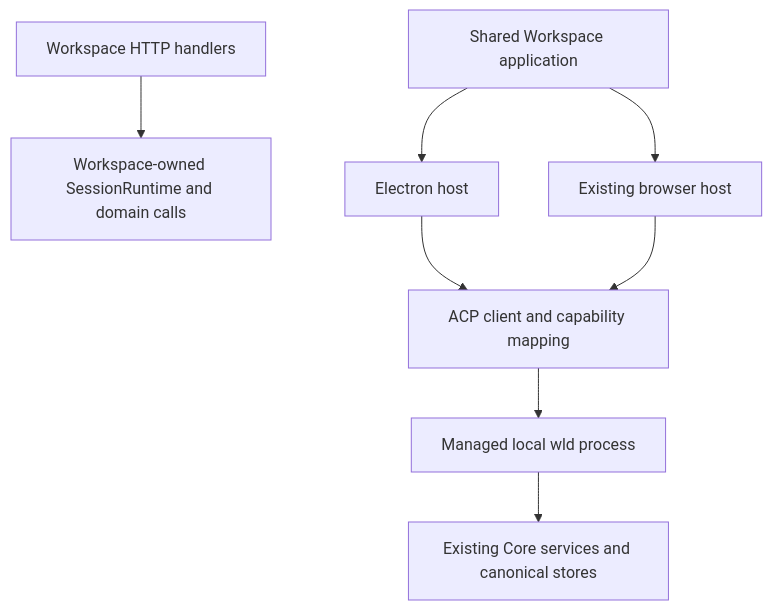
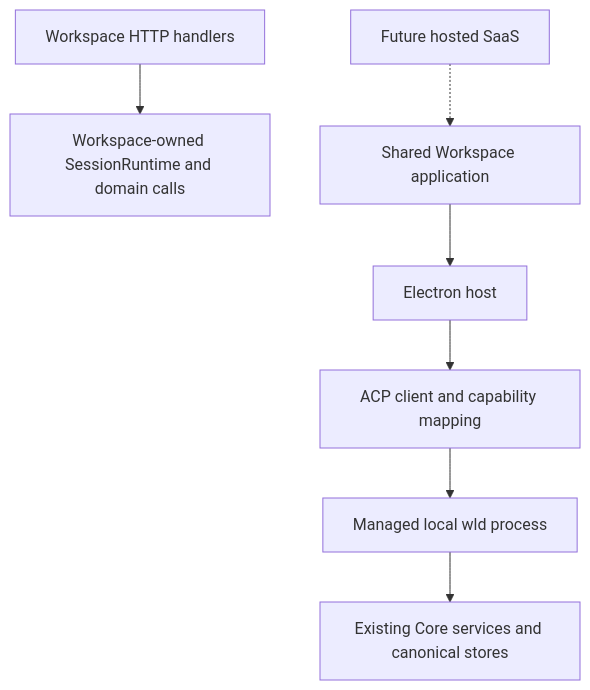
Before and after one commit to RunWield/runwield: the diagram in docs/plans/local-workspace-desktop.md, drawn with Mermaid. The commit also changed other lines of this file and 1 other file, not shown here.

````diff
--- a/docs/plans/local-workspace-desktop.md
+++ b/docs/plans/local-workspace-desktop.md
@@ -89,10 +99,9 @@
 ```mermaid
 flowchart TD
     Current[Workspace HTTP handlers] --> InProcess[Workspace-owned SessionRuntime and domain calls]
     Shared[Shared Workspace application] --> Desktop[Electron host]
-    Shared --> Browser[Existing browser host]
+    Future[Future hosted SaaS] -.-> Shared
     Desktop --> Client[ACP client and capability mapping]
-    Browser --> Client
     Client --> Process[Managed local wld process]
     Process --> Authority[Existing Core services and canonical stores]
 ```
````
